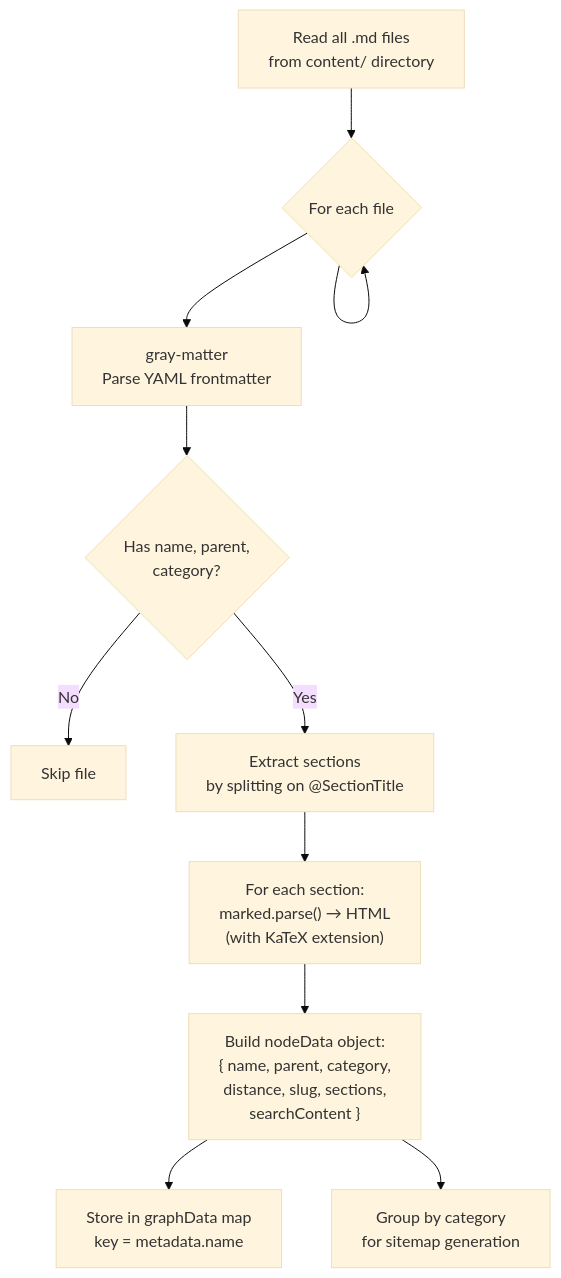
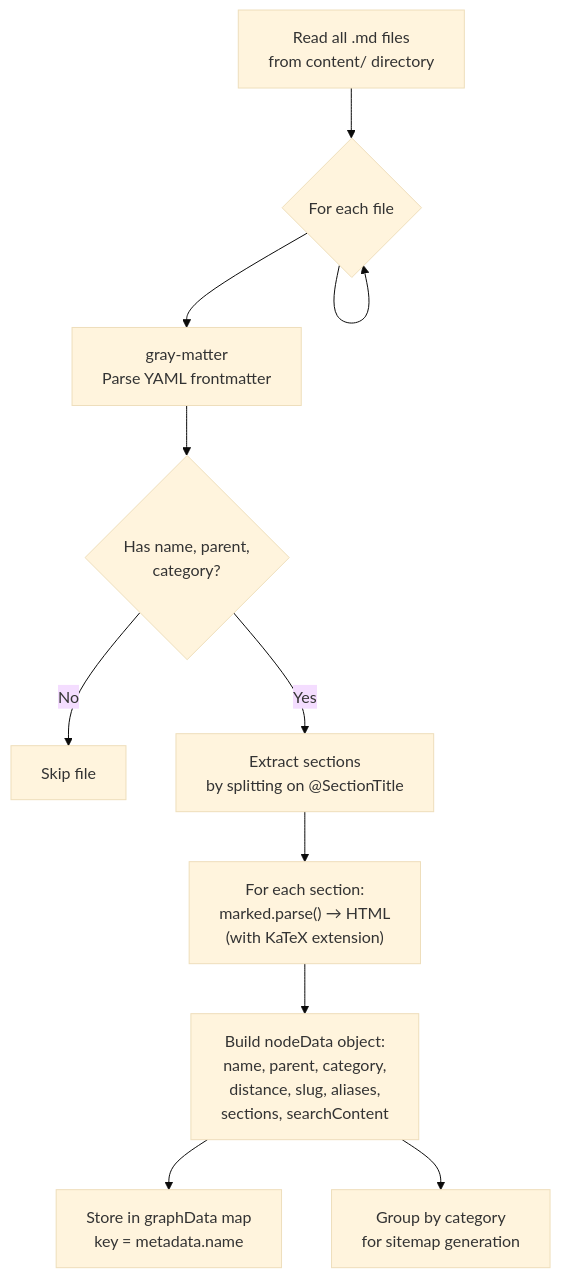
One commit to Kavyargb/Neuron-IQ changed the second of 13 diagrams in README.md. Above: the diagram before and after it, drawn with Mermaid (base theme). The commit also changed other lines of this file, not shown here.

First line of the commit message:
Revamp README with architecture, features, PWA

````diff
--- a/README.md
+++ b/README.md
@@ -142,13 +170,13 @@
 ```mermaid
 flowchart TD
     A["Read all .md files<br>from content/ directory"] --> B{"For each file"}
     B --> C["gray-matter<br>Parse YAML frontmatter"]
     C --> D{"Has name, parent,<br>category?"}
     D -- "No" --> E["Skip file"]
     D -- "Yes" --> F["Extract sections<br>by splitting on @SectionTitle"]
     F --> G["For each section:<br>marked.parse() → HTML<br>(with KaTeX extension)"]
-    G --> H["Build nodeData object:<br>{ name, parent, category,<br>distance, slug, sections,<br>searchContent }"]
+    G --> H["Build nodeData object:<br>name, parent, category,<br>distance, slug, aliases,<br>sections, searchContent"]
     H --> I["Store in graphData map<br>key = metadata.name"]
     H --> J["Group by category<br>for sitemap generation"]
     B --> B
 ```
````
